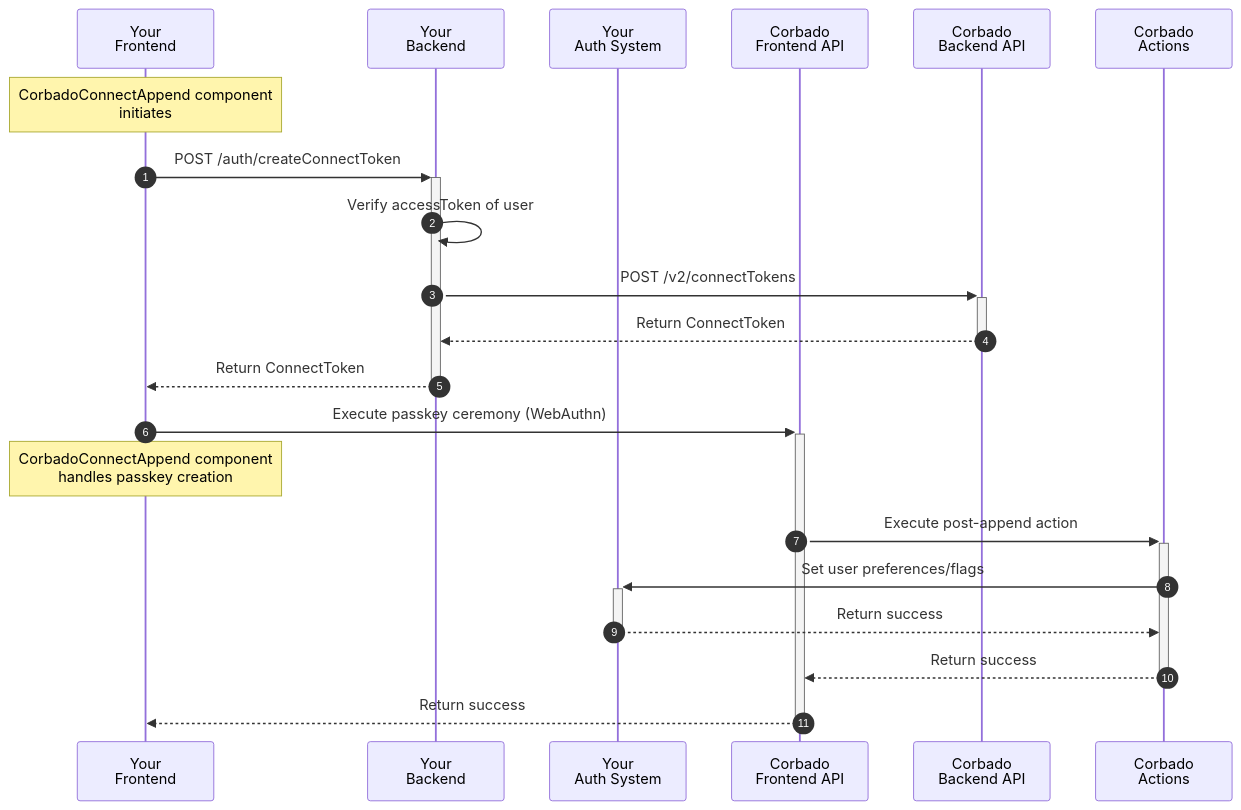
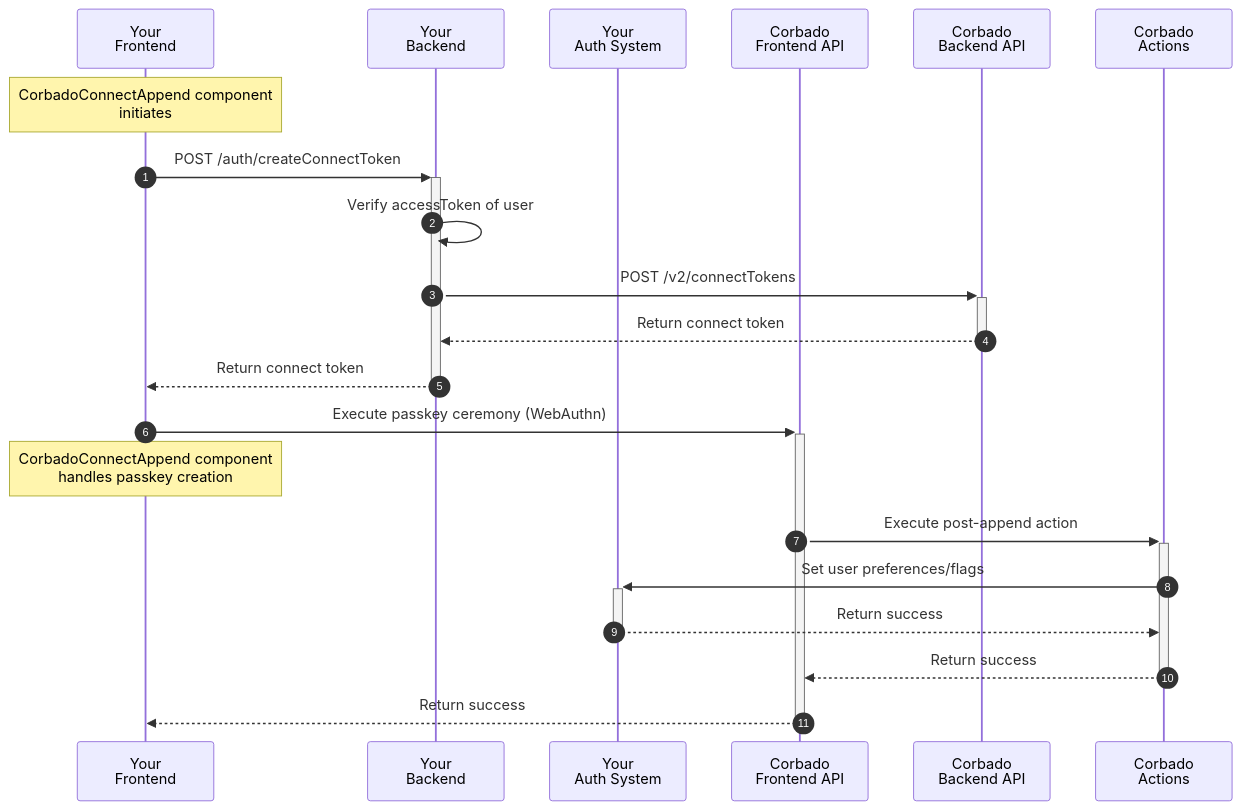
One commit to corbadotech/docs changed the first of 4 diagrams in corbado-connect/integration/generic/web.mdx. Above: the diagram before and after it, drawn with Mermaid. The commit also changed other lines of this file and 5 other files, not shown here.

Commit message:
Rename connectToken to connect token

````diff
--- a/corbado-connect/integration/generic/web.mdx
+++ b/corbado-connect/integration/generic/web.mdx
@@ -50,25 +50,25 @@
 ```mermaid
 sequenceDiagram
     autonumber
     participant Frontend as Your<br/>Frontend
     participant Backend as Your<br/>Backend
     participant IdP as Your<br/>Auth System
     participant FAPI as Corbado<br/>Frontend API
     participant BAPI as Corbado<br/>Backend API
     participant Actions as Corbado<br/>Actions
 
     Note over Frontend: CorbadoConnectAppend component<br/>initiates
     Frontend->>+Backend: POST /auth/createConnectToken
     Backend->>Backend: Verify accessToken of user
     Backend->>+BAPI: POST /v2/connectTokens
-    BAPI-->>-Backend: Return ConnectToken
-    Backend-->>-Frontend: Return ConnectToken
+    BAPI-->>-Backend: Return connect token
+    Backend-->>-Frontend: Return connect token
 
     Frontend->>+FAPI: Execute passkey ceremony (WebAuthn)
     Note over Frontend: CorbadoConnectAppend component<br/>handles passkey creation
     FAPI->>+Actions: Execute post-append action
     Actions->>+IdP: Set user preferences/flags
     IdP-->>-Actions: Return success
     Actions-->>-FAPI: Return success
     FAPI-->>-Frontend: Return success
 ```
````
